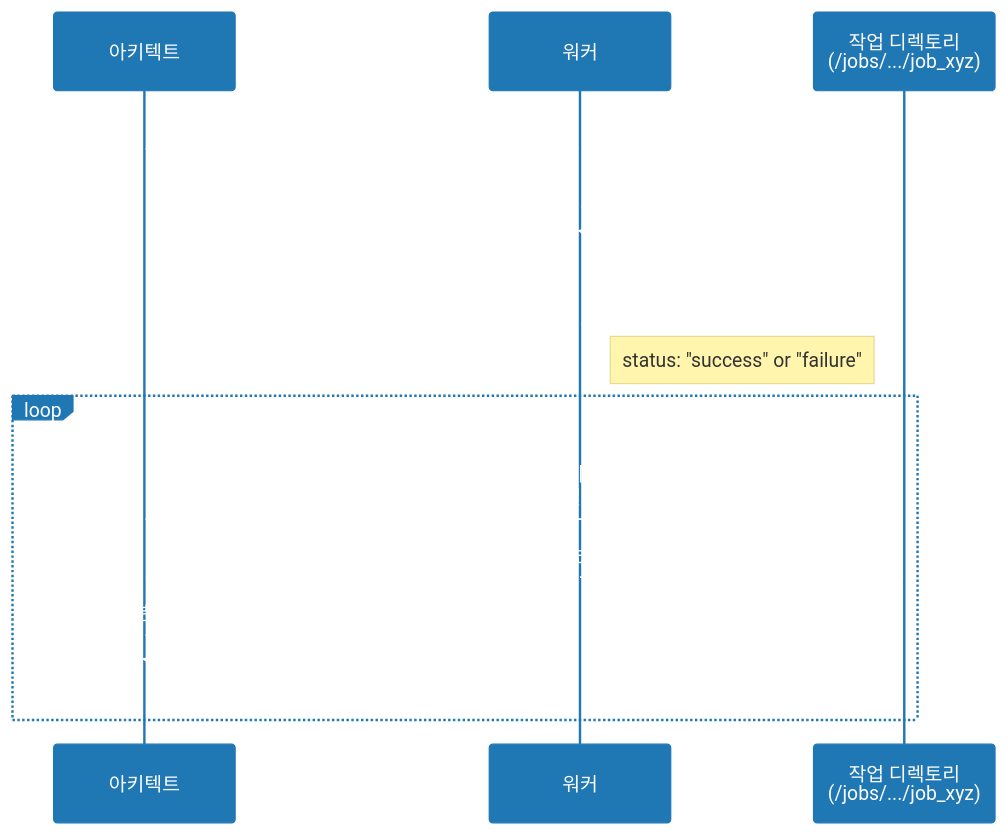
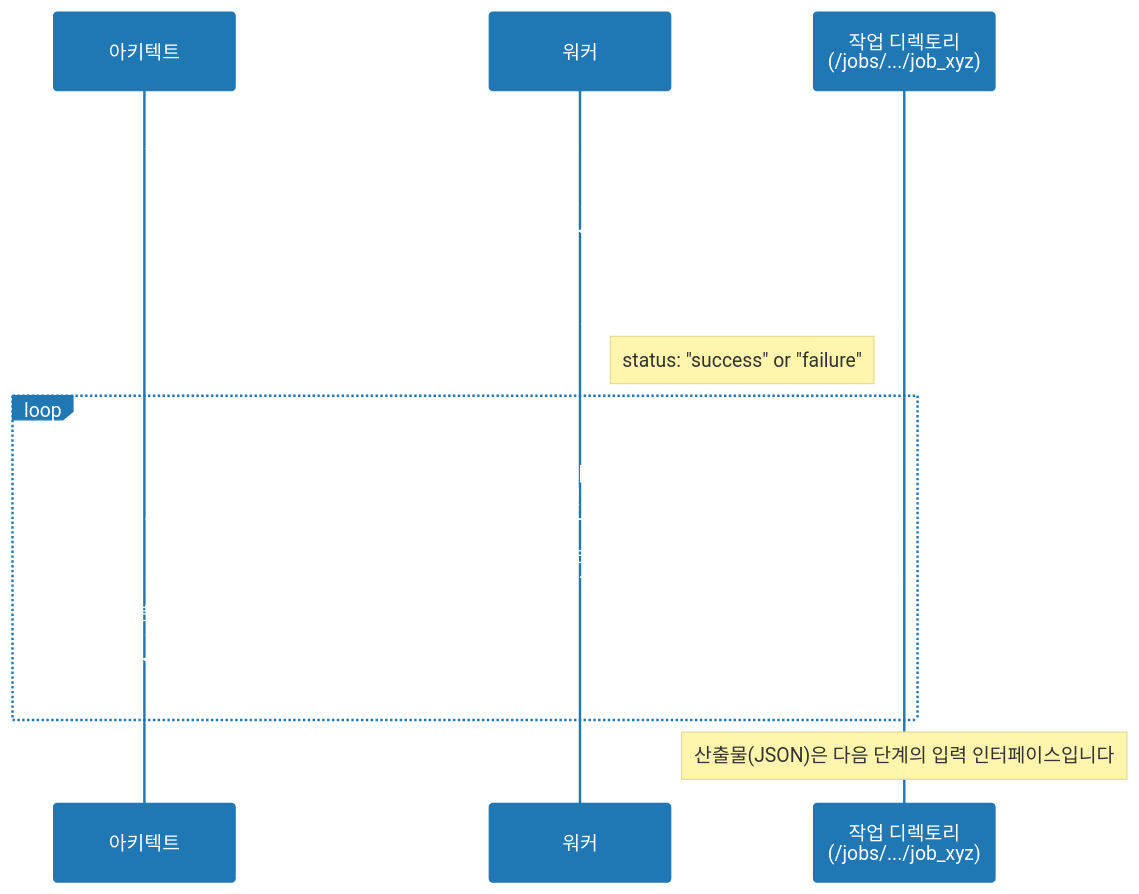
Before and after one commit to wooxist/ai-instructions: the second of 2 diagrams in book/10-advanced-collaboration-architectures.md, drawn with Mermaid. The commit also changed 15 other files, not shown here.

````diff
--- a/book/10-advanced-collaboration-architectures.md
+++ b/book/10-advanced-collaboration-architectures.md
@@ -147,28 +147,29 @@
 ```mermaid
 %%{init: {
   'theme': 'base',
   'themeVariables': {
     'primaryColor': '#1f77b4',
     'primaryTextColor': '#ffffff',
     'primaryBorderColor': '#1f77b4',
     'lineColor': '#6c757d',
     'background': 'transparent',
     'edgeLabelBackground': '#2ca02c'
   }
 }}%%
 sequenceDiagram
     participant A as 아키텍트
     participant W as 워커
     participant J as 작업 디렉토리<br/>(/jobs/.../job_xyz)
 
     A->>W: 태스크 할당 (Job: job_xyz, Task: task-123)
     W->>W: 작업 수행
     W->>J: 산출물(로그) 작성<br/>(task-123.json)
     Note right of W: status: "success" or "failure"
 
     loop 상태 확인 주기
         A->>J: job_xyz 디렉토리의<br/>task-123.json 파일 확인
         J-->>A: 파일 내용(로그) 반환
         A->>A: 상태(status) 분석 후 의사결정
     end
+    Note over J: 산출물(JSON)은 다음 단계의 입력 인터페이스입니다
 ```
````
